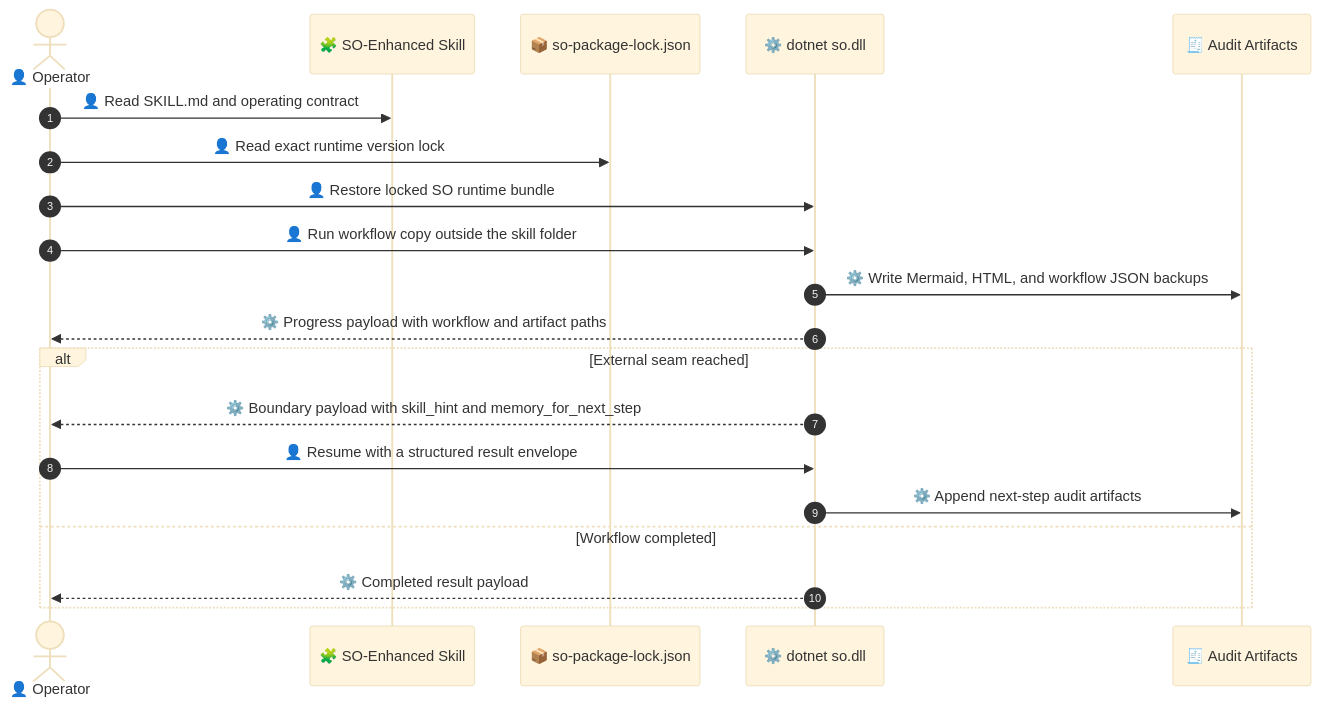
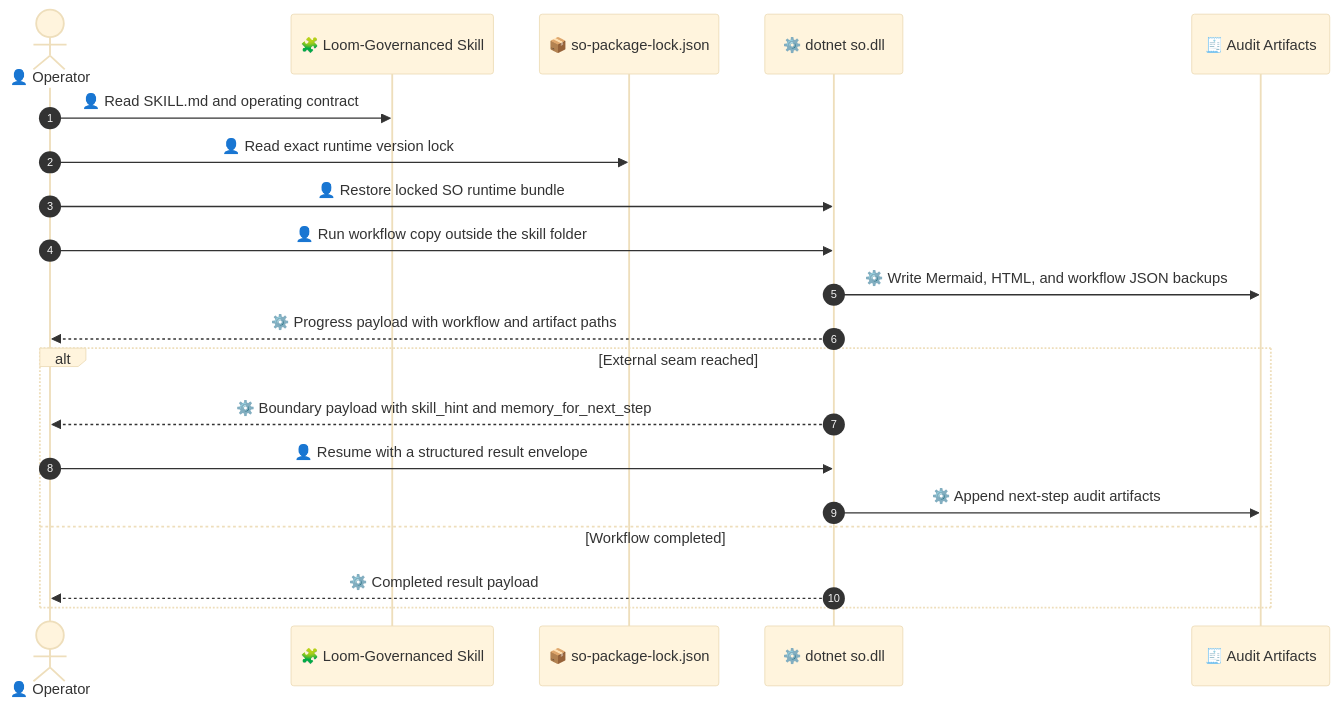
Before and after one commit to waynebaby/Techne-Loom: the first of 2 diagrams in README.md, drawn with Mermaid (base theme). The commit also changed other lines of this file and 40 other files, not shown here.

Commit message:
docs: normalize Loom-governanced terminology across docs and skill assets

````diff
--- a/README.md
+++ b/README.md
@@ -202,23 +201,23 @@
 ```mermaid
 sequenceDiagram
     autonumber
     actor Operator as 👤 Operator
-    participant Skill as 🧩 SO-Enhanced Skill
+    participant Skill as 🧩 Loom-Governanced Skill
     participant Lock as 📦 so-package-lock.json
     participant Runtime as ⚙️ dotnet so.dll
     participant Audit as 🧾 Audit Artifacts
 
     Operator->>Skill: 👤 Read SKILL.md and operating contract
     Operator->>Lock: 👤 Read exact runtime version lock
     Operator->>Runtime: 👤 Restore locked SO runtime bundle
     Operator->>Runtime: 👤 Run workflow copy outside the skill folder
     Runtime->>Audit: ⚙️ Write Mermaid, HTML, and workflow JSON backups
     Runtime-->>Operator: ⚙️ Progress payload with workflow and artifact paths
     alt External seam reached
         Runtime-->>Operator: ⚙️ Boundary payload with skill_hint and memory_for_next_step
         Operator->>Runtime: 👤 Resume with a structured result envelope
         Runtime->>Audit: ⚙️ Append next-step audit artifacts
     else Workflow completed
         Runtime-->>Operator: ⚙️ Completed result payload
     end
 ```
````
